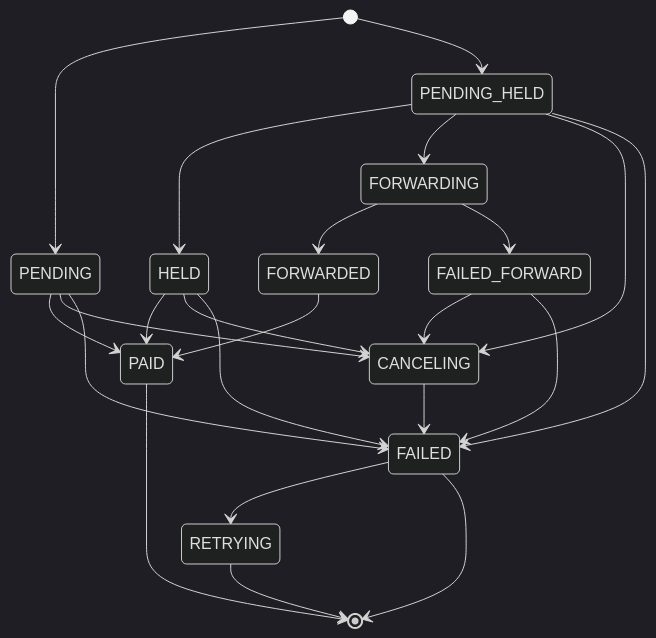
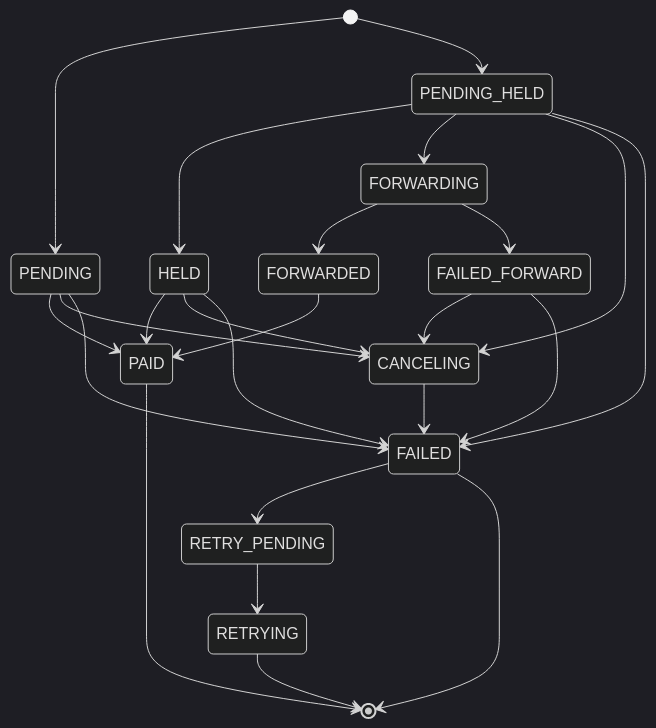
Before and after one commit to stackernews/stacker.news: the first of 4 diagrams in api/paidAction/README.md, drawn with Mermaid (dark theme). The commit also changed other lines of this file and 11 other files, not shown here.

````diff
--- a/api/paidAction/README.md
+++ b/api/paidAction/README.md
@@ -10,25 +10,26 @@
 ```mermaid
 stateDiagram-v2
     [*] --> PENDING
     PENDING --> PAID
     PENDING --> CANCELING
     PENDING --> FAILED
     PAID --> [*]
     CANCELING --> FAILED
-    FAILED --> RETRYING
+    FAILED --> RETRY_PENDING
     FAILED --> [*]
+    RETRY_PENDING --> RETRYING
     RETRYING --> [*]
     [*] --> PENDING_HELD
     PENDING_HELD --> HELD
     PENDING_HELD --> FORWARDING
     PENDING_HELD --> CANCELING
     PENDING_HELD --> FAILED
     HELD --> PAID
     HELD --> CANCELING
     HELD --> FAILED
     FORWARDING --> FORWARDED
     FORWARDING --> FAILED_FORWARD
     FORWARDED --> PAID
     FAILED_FORWARD --> CANCELING
     FAILED_FORWARD --> FAILED
 ```
````
